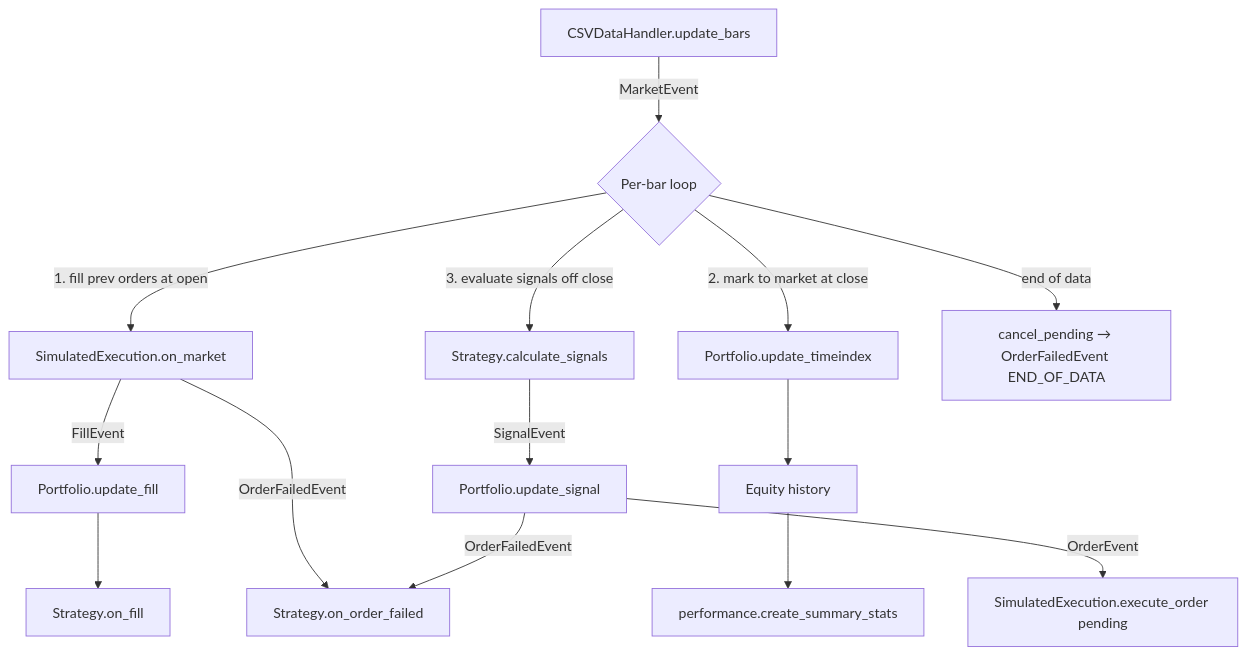
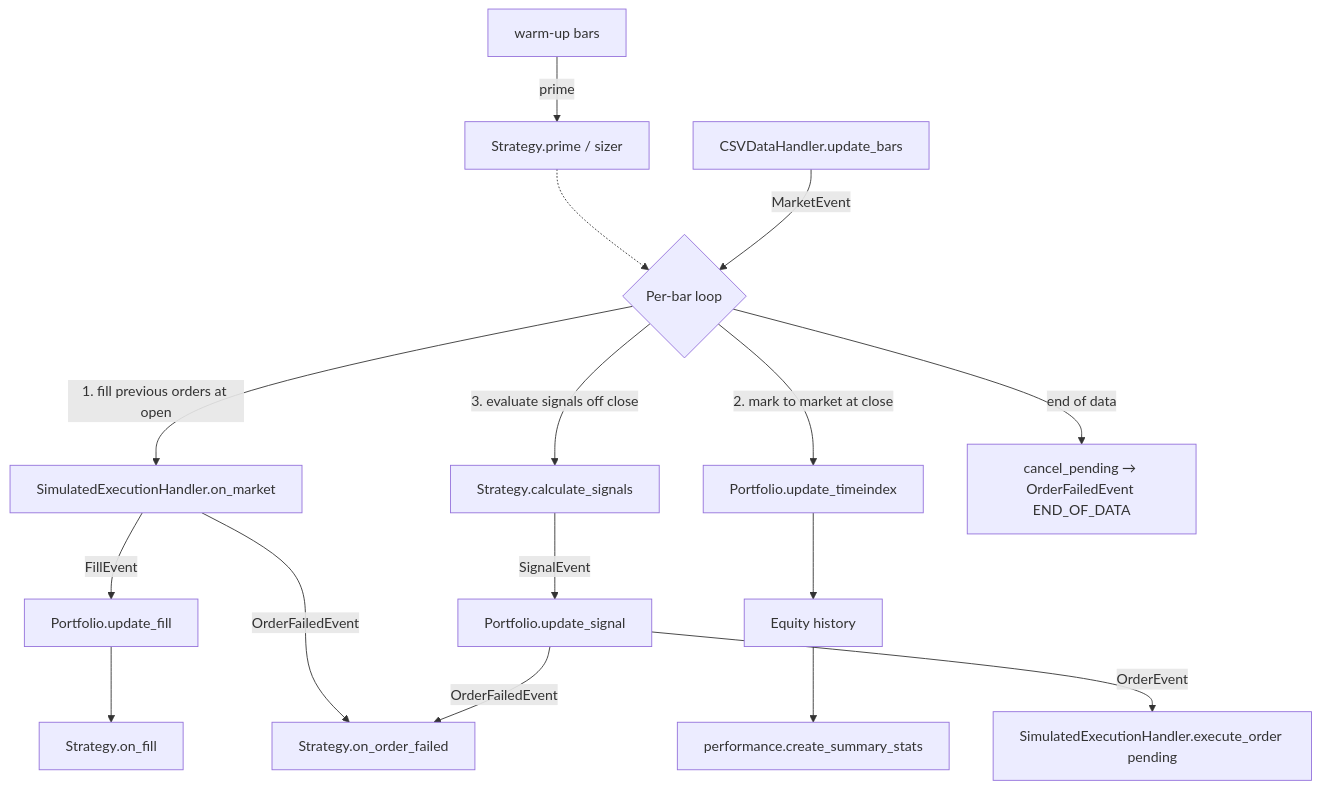
The diagram in README.md (sahmed0/backtesting-quant-engine), drawn with Mermaid before and after one commit. The commit also changed other lines of this file and 4 other files, not shown here.

````diff
--- a/README.md
+++ b/README.md
@@ -120,15 +411,17 @@
 ```mermaid
 graph TD
+    W[warm-up bars] -->|prime| STP[Strategy.prime / sizer]
+    STP -.-> M
     D[CSVDataHandler.update_bars] -->|MarketEvent| M{Per-bar loop}
-    M -->|1. fill prev orders at open| X[SimulatedExecution.on_market]
+    M -->|1. fill previous orders at open| X[SimulatedExecutionHandler.on_market]
     X -->|FillEvent| PF[Portfolio.update_fill]
     X -->|OrderFailedEvent| ST[Strategy.on_order_failed]
     PF --> STF[Strategy.on_fill]
     M -->|2. mark to market at close| MT[Portfolio.update_timeindex]
     M -->|3. evaluate signals off close| SG[Strategy.calculate_signals]
     SG -->|SignalEvent| US[Portfolio.update_signal]
-    US -->|OrderEvent| EO[SimulatedExecution.execute_order pending]
+    US -->|OrderEvent| EO[SimulatedExecutionHandler.execute_order pending]
     US -->|OrderFailedEvent| ST
     M -->|end of data| CP[cancel_pending → OrderFailedEvent END_OF_DATA]
     MT --> H[Equity history] --> PERF[performance.create_summary_stats]
 ```
````
